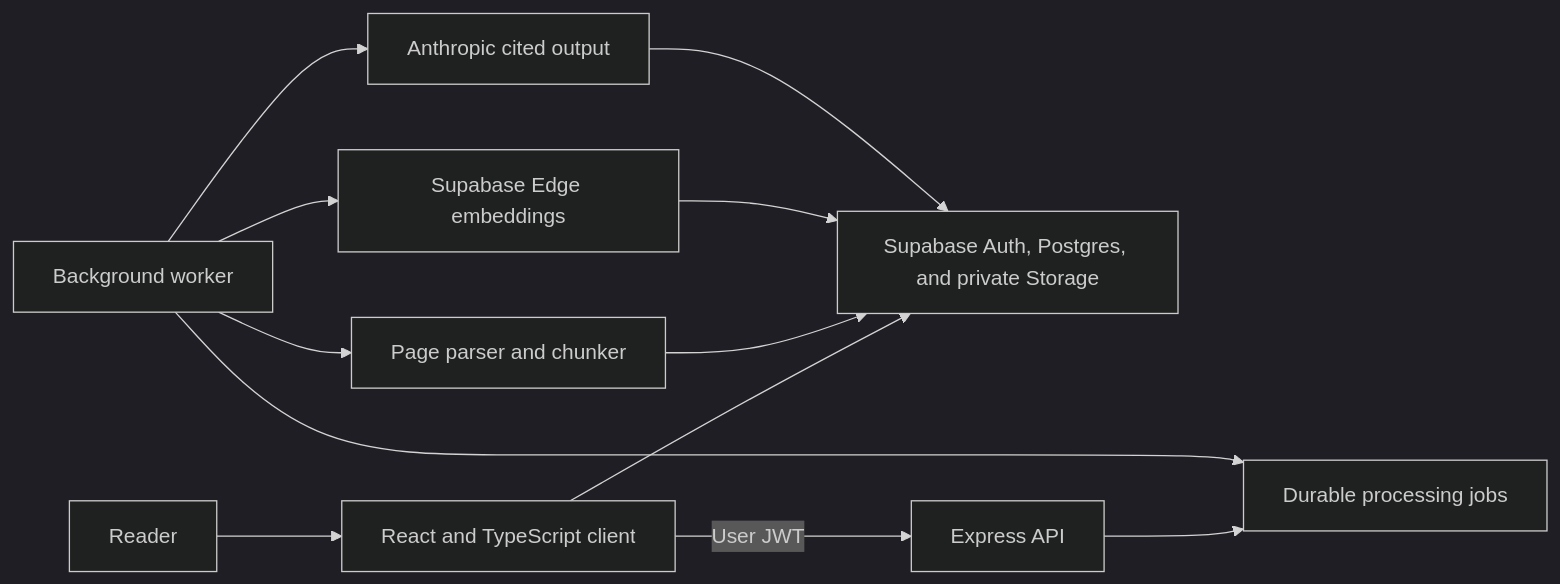
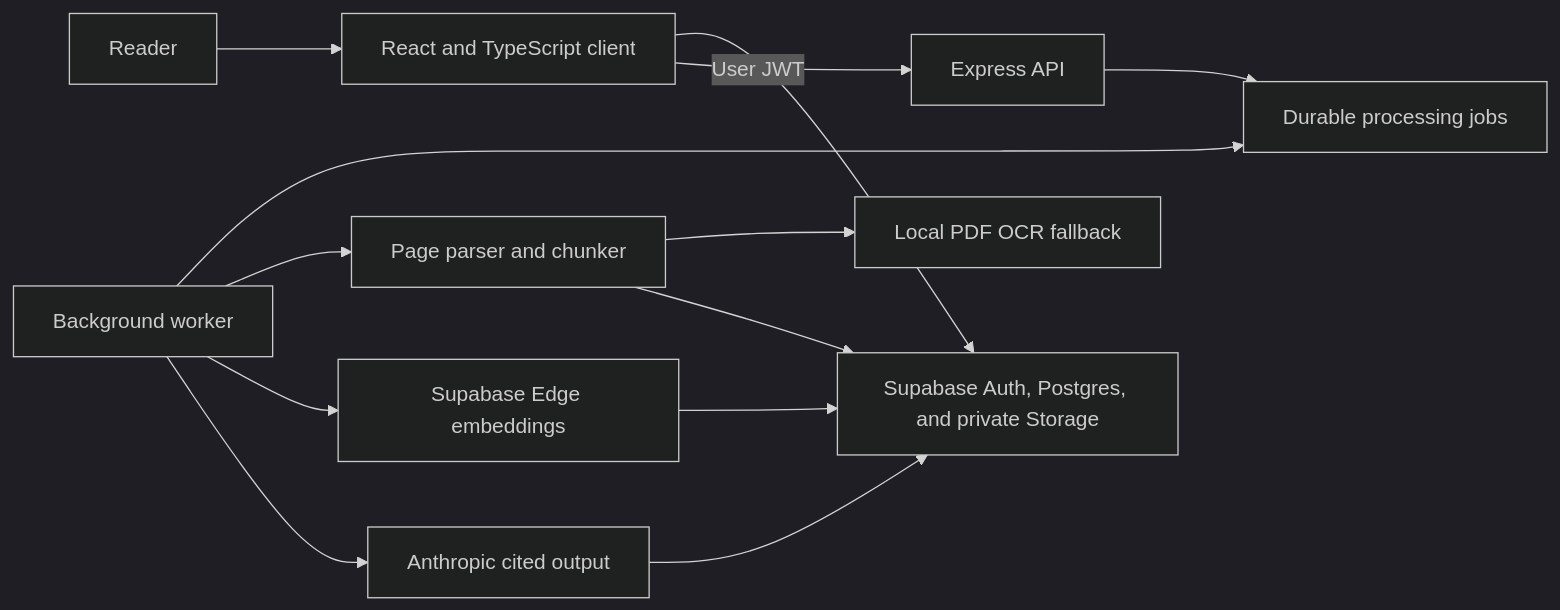
The diagram in README.md (prathima-sola/ai-summarizer-app), drawn with Mermaid (dark theme) before and after one commit. The commit also changed other lines of this file and 12 other files, not shown here.

Commit message:
feat: add scanned PDF OCR fallback

````diff
--- a/README.md
+++ b/README.md
@@ -19,14 +19,15 @@
 ```mermaid
 flowchart LR
     U["Reader"] --> F["React and TypeScript client"]
     F --> S["Supabase Auth, Postgres, and private Storage"]
     F -->|"User JWT"| A["Express API"]
     A --> Q["Durable processing jobs"]
     W["Background worker"] --> Q
     W --> D["Page parser and chunker"]
+    D --> O["Local PDF OCR fallback"]
     W --> E["Supabase Edge embeddings"]
     W --> C["Anthropic cited output"]
     D --> S
     E --> S
     C --> S
 ```
````
